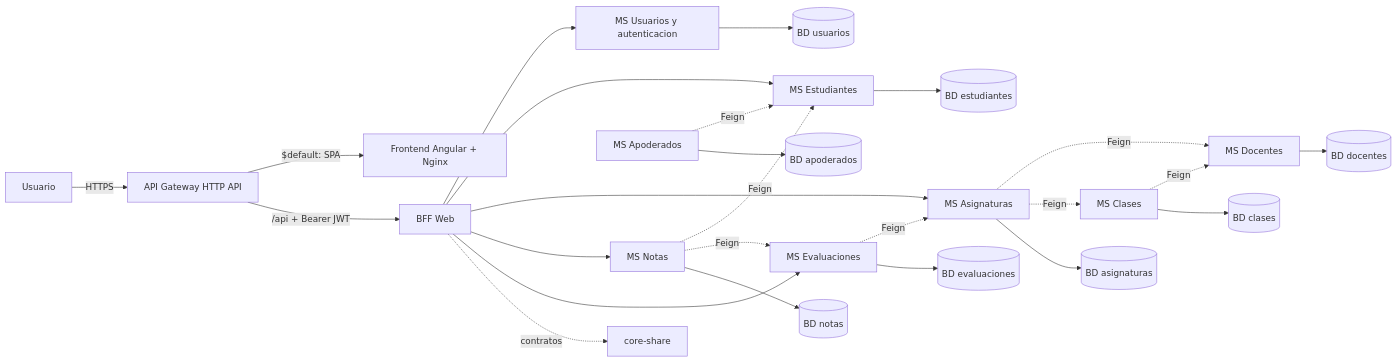
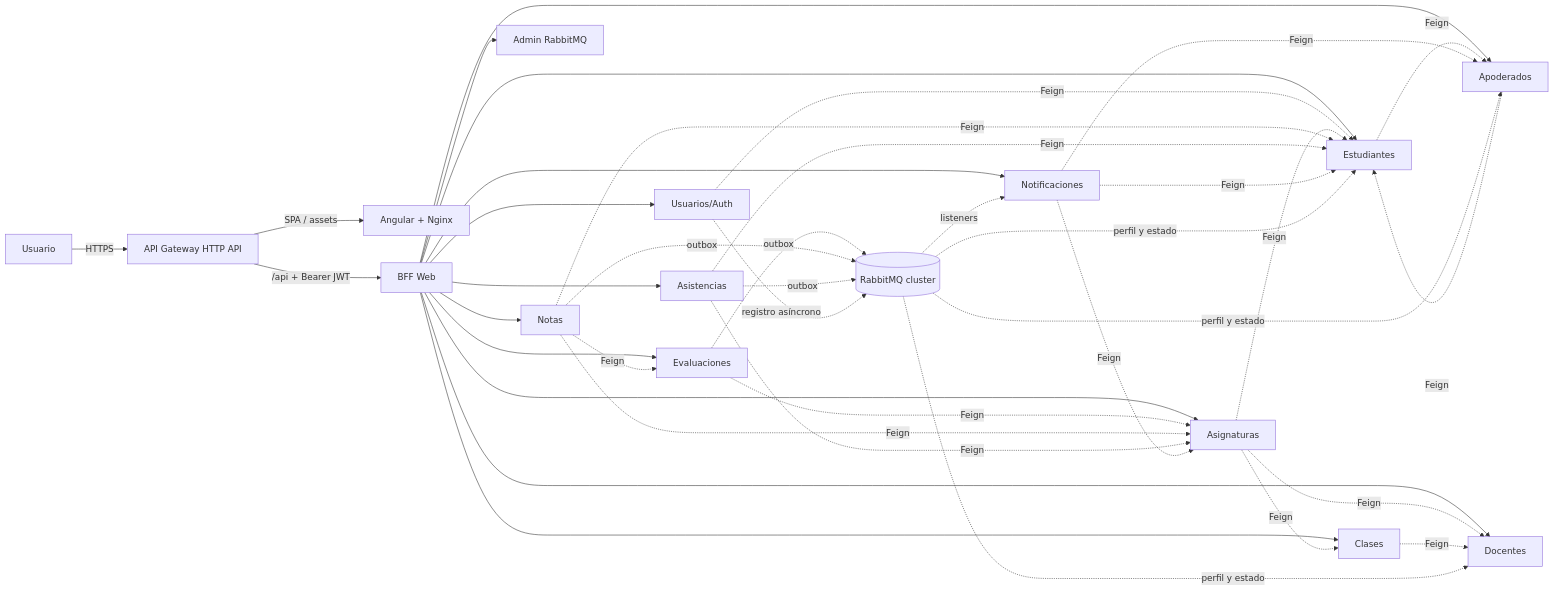
The diagram in docs/arquitectura.md (COdelValle/SIGA-Project), drawn with Mermaid before and after one commit. The commit also changed other lines of this file and 26 other files, not shown here.

````diff
--- a/docs/arquitectura.md
+++ b/docs/arquitectura.md
@@ -7,27 +13,41 @@
 ```mermaid
 flowchart LR
-    U[Usuario] -->|HTTPS| G[API Gateway HTTP API]
-    G -->|$default: SPA| F[Frontend Angular + Nginx]
-    G -->|/api + Bearer JWT| B[BFF Web]
-    B --> A[MS Usuarios y autenticacion]
-    B --> E[MS Estudiantes]
-    B --> S[MS Asignaturas]
-    B --> N[MS Notas]
-    B --> V[MS Evaluaciones]
-    N -. Feign .-> E
-    N -. Feign .-> V
-    V -. Feign .-> S
-    S -. Feign .-> D[MS Docentes]
-    S -. Feign .-> C[MS Clases]
-    C -. Feign .-> D
-    P[MS Apoderados] -. Feign .-> E
-    A --> DA[(BD usuarios)]
-    E --> DE[(BD estudiantes)]
-    S --> DS[(BD asignaturas)]
-    N --> DN[(BD notas)]
-    D --> DD[(BD docentes)]
-    P --> DP[(BD apoderados)]
-    C --> DC[(BD clases)]
-    V --> DV[(BD evaluaciones)]
-    B -. contratos .-> CS[core-share]
+  U[Usuario] -->|HTTPS| G[API Gateway HTTP API]
+  G -->|SPA / assets| F[Angular + Nginx]
+  G -->|/api + Bearer JWT| B[BFF Web]
+  B --> UA[Usuarios/Auth]
+  B --> E[Estudiantes]
+  B --> P[Apoderados]
+  B --> D[Docentes]
+  B --> A[Asignaturas]
+  B --> C[Clases]
+  B --> V[Evaluaciones]
+  B --> N[Notas]
+  B --> H[Asistencias]
+  B --> T[Notificaciones]
+  B --> R[Admin RabbitMQ]
+  UA -. Feign .-> E
+  E -. Feign .-> P
+  P -. Feign .-> E
+  A -. Feign .-> D
+  A -. Feign .-> C
+  A -. Feign .-> E
+  C -. Feign .-> D
+  V -. Feign .-> A
+  N -. Feign .-> E
+  N -. Feign .-> V
+  N -. Feign .-> A
+  H -. Feign .-> E
+  H -. Feign .-> A
+  T -. Feign .-> E
+  T -. Feign .-> P
+  T -. Feign .-> A
+  V -. outbox .-> Q[(RabbitMQ cluster)]
+  N -. outbox .-> Q
+  H -. outbox .-> Q
+  Q -. listeners .-> T
+  UA -. registro asíncrono .-> Q
+  Q -. perfil y estado .-> E
+  Q -. perfil y estado .-> D
+  Q -. perfil y estado .-> P
 ```
````
